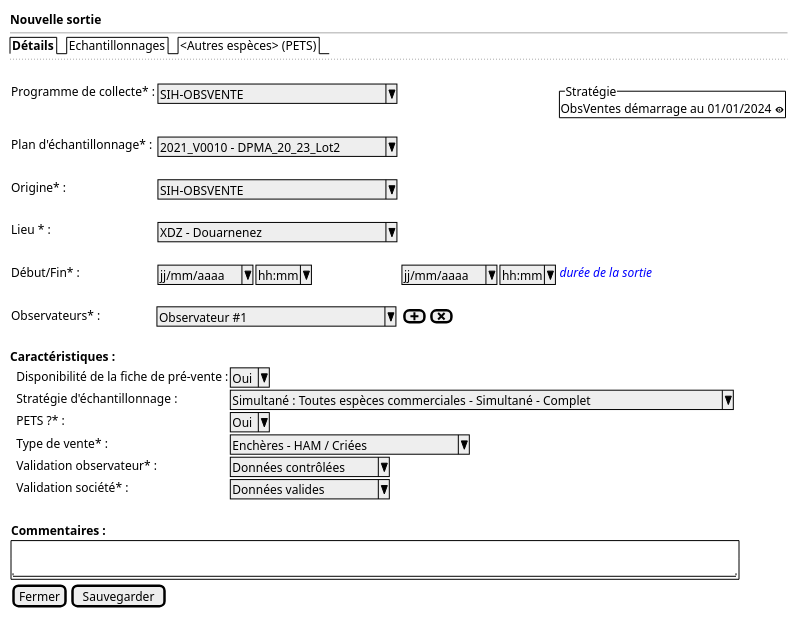
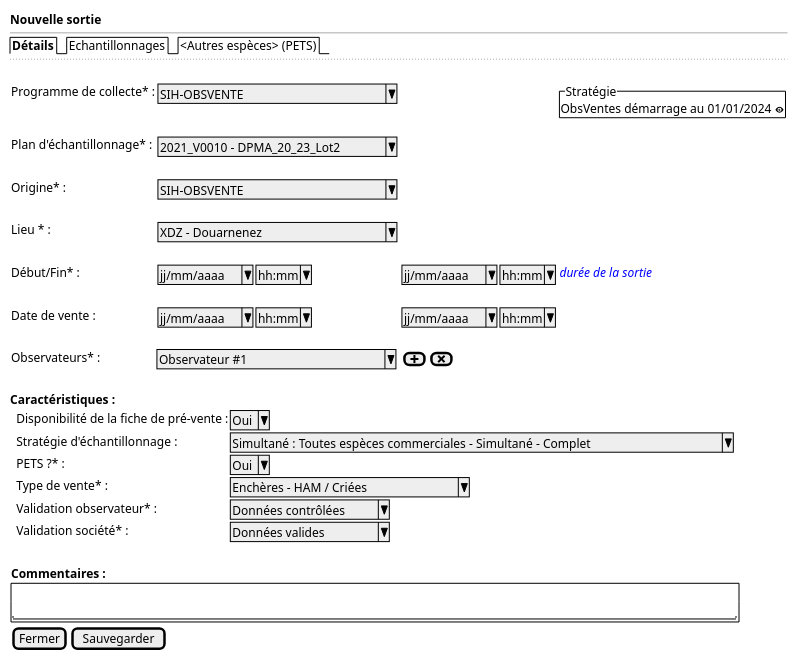
The diagram in projects/obsvente/spe/images/observed-location-new.puml (sumaris-net/sumaris-doc), drawn with PlantUML before and after one commit. The commit also changed 17 other files, not shown here.

```diff
--- a/projects/obsvente/spe/images/observed-location-new.puml
+++ b/projects/obsvente/spe/images/observed-location-new.puml
@@ -1,49 +1,51 @@
 @startsalt
 {
   <b>Nouvelle sortie
   --
   {/ <b>Détails | Echantillonnages | <Autres espèces> (PETS)}
   ..
   .
   {
 
       Programme de collecte* :    | { ^SIH-OBSVENTE                ^ } | * | {^"Stratégie"
                                                                                               ObsVentes démarrage au 01/01/2024 <&eye> }
       Plan d'échantillonnage* :    | { ^2021_V0010 - DPMA_20_23_Lot2^}
       .
       Origine* :    | { ^SIH-OBSVENTE                ^ }
       .
       Lieu * :     | { ^XDZ - Douarnenez            ^ }
       .
       Début/Fin* :     | { ^jj/mm/aaaa^  |  ^hh:mm^ } { ^jj/mm/aaaa^  |  ^hh:mm^ } <i><color:blue>durée de la sortie
+      .
+      Date de vente :     | { ^jj/mm/aaaa^  |  ^hh:mm^ } { ^jj/mm/aaaa^  |  ^hh:mm^ }
       .
       Observateurs* :            | ^ Observateur #1             ^ | { [<&plus>] | [<&x>] }
       .
 
 
   }
 
   <b>Caractéristiques :
 
   {
       . | Disponibilité de la fiche de pré-vente :| ^Oui^
       . | Stratégie d'échantillonnage : | ^Simultané : Toutes espèces commerciales - Simultané - Complet^
       . | PETS ?* : | ^Oui^
       . | Type de vente* : | ^Enchères - HAM / Criées     ^
       . | Validation observateur* : | ^Données contrôlées^
       . | Validation société* : | ^Données valides   ^
       . | .
   }
 
 
   {
      <b>Commentaires :
 
      {+ .
         "                                                                                          "
      }
   }
 
   { [Fermer] | [Sauvegarder] }
 }
 @endsalt
```
